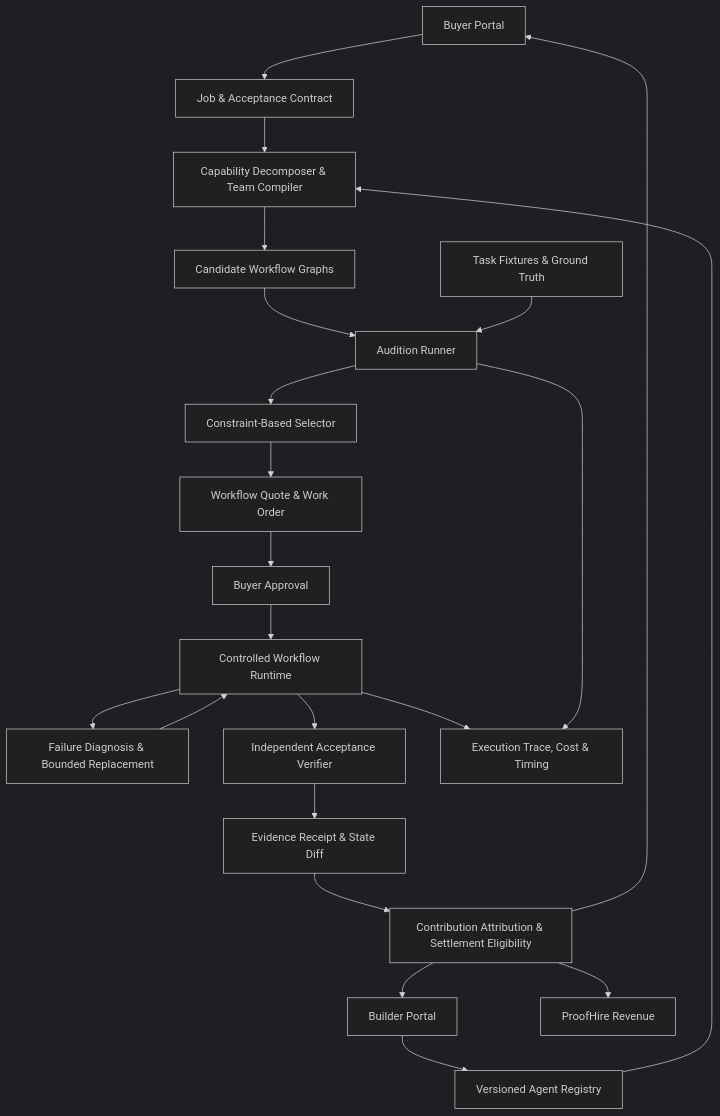
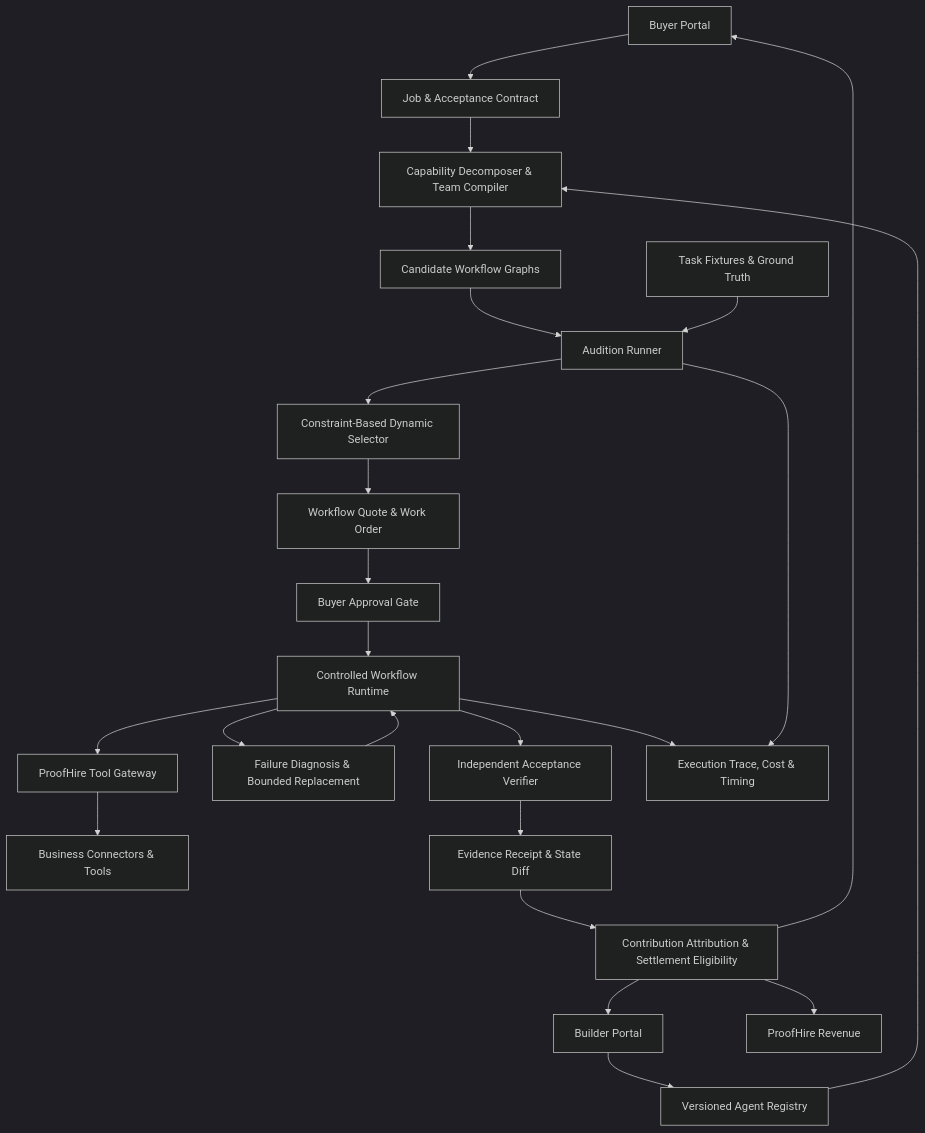
Before and after one commit to Mayur11code/Forgent-demo: the diagram in BLUEPRINT.md, drawn with Mermaid (dark theme). The commit also changed other lines of this file and 13 other files, not shown here.

Commit message:
docs: align canonical agent architecture, package taxonomy, tool gateway, and compiler pipeline

````diff
--- a/BLUEPRINT.md
+++ b/BLUEPRINT.md
@@ -818,24 +922,26 @@
 ```mermaid
 flowchart TD
     Buyer[Buyer Portal] --> Job[Job & Acceptance Contract]
     Builder[Builder Portal] --> Registry[Versioned Agent Registry]
     Job --> Compiler[Capability Decomposer & Team Compiler]
     Registry --> Compiler
     Compiler --> Candidates[Candidate Workflow Graphs]
     Candidates --> Audition[Audition Runner]
     Fixtures[Task Fixtures & Ground Truth] --> Audition
-    Audition --> Selector[Constraint-Based Selector]
+    Audition --> Selector[Constraint-Based Dynamic Selector]
     Selector --> Offer[Workflow Quote & Work Order]
-    Offer --> Approval[Buyer Approval]
+    Offer --> Approval[Buyer Approval Gate]
     Approval --> Runtime[Controlled Workflow Runtime]
+    Runtime --> Gateway[ProofHire Tool Gateway]
+    Gateway --> Systems[Business Connectors & Tools]
     Runtime --> Recovery[Failure Diagnosis & Bounded Replacement]
     Recovery --> Runtime
     Runtime --> Verifier[Independent Acceptance Verifier]
     Verifier --> Receipt[Evidence Receipt & State Diff]
     Receipt --> Economics[Contribution Attribution & Settlement Eligibility]
     Economics --> Buyer
     Economics --> Builder
     Economics --> Platform[ProofHire Revenue]
     Runtime --> Audit[Execution Trace, Cost & Timing]
     Audition --> Audit
 ```
````
